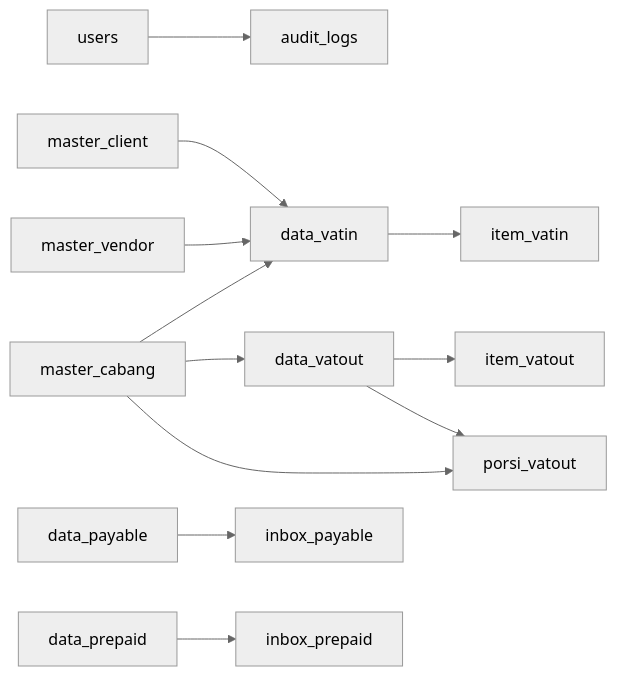
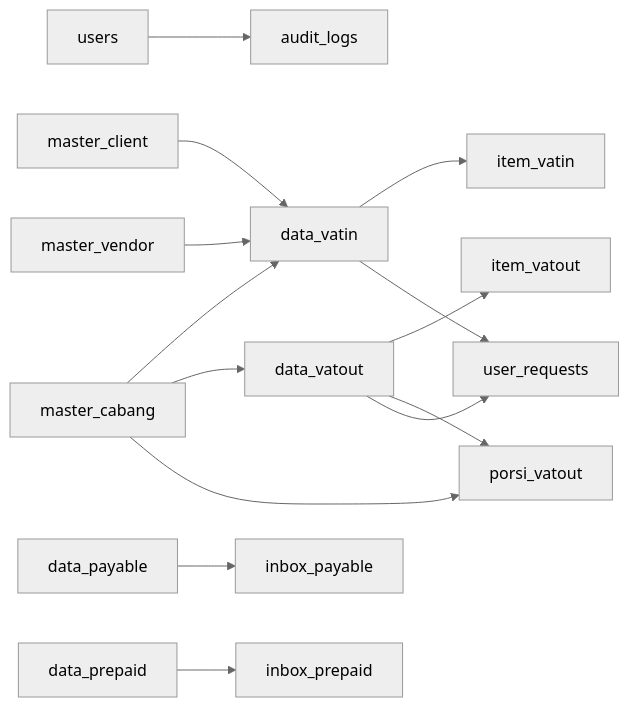
Before and after one commit to rendisiagian/TDS_by_RENDISIAGIAN: the seventh of 7 diagrams in .qoder/repowiki/en/content/Database Schema & Management.md, drawn with Mermaid (neutral theme). The commit also changed other lines of this file and 38 other files, not shown here.

````diff
--- a/.qoder/repowiki/en/content/Database Schema & Management.md
+++ b/.qoder/repowiki/en/content/Database Schema & Management.md
@@ -432,14 +501,16 @@
 ```mermaid
 graph LR
 USERS["users"] --> AUDIT["audit_logs"]
 MASTER_CABANG["master_cabang"] --> DATA_VATIN["data_vatin"]
 MASTER_CABANG --> DATA_VATOUT["data_vatout"]
 MASTER_CLIENT["master_client"] --> DATA_VATIN
 MASTER_VENDOR["master_vendor"] --> DATA_VATIN
 DATA_VATIN --> ITEM_VATIN["item_vatin"]
 DATA_VATOUT --> ITEM_VATOUT["item_vatout"]
 DATA_VATOUT --> PORSI_VATOUT["porsi_vatout"]
 MASTER_CABANG --> PORSI_VATOUT
+DATA_VATIN --> USER_REQUESTS["user_requests"]
+DATA_VATOUT --> USER_REQUESTS
 DATA_PAYABLE["data_payable"] --> INBOX_PAYABLE["inbox_payable"]
 DATA_PREPAID["data_prepaid"] --> INBOX_PREPAID["inbox_prepaid"]
 ```
````
